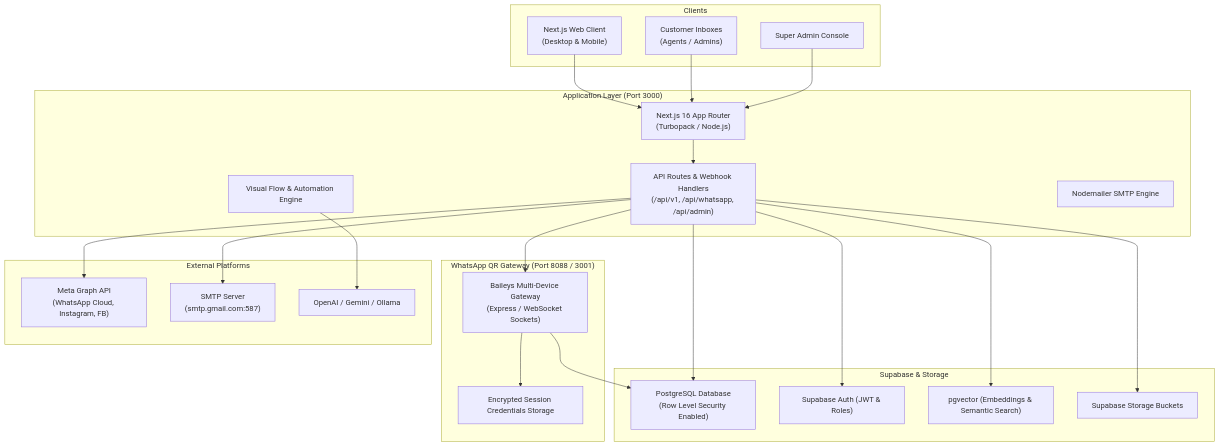
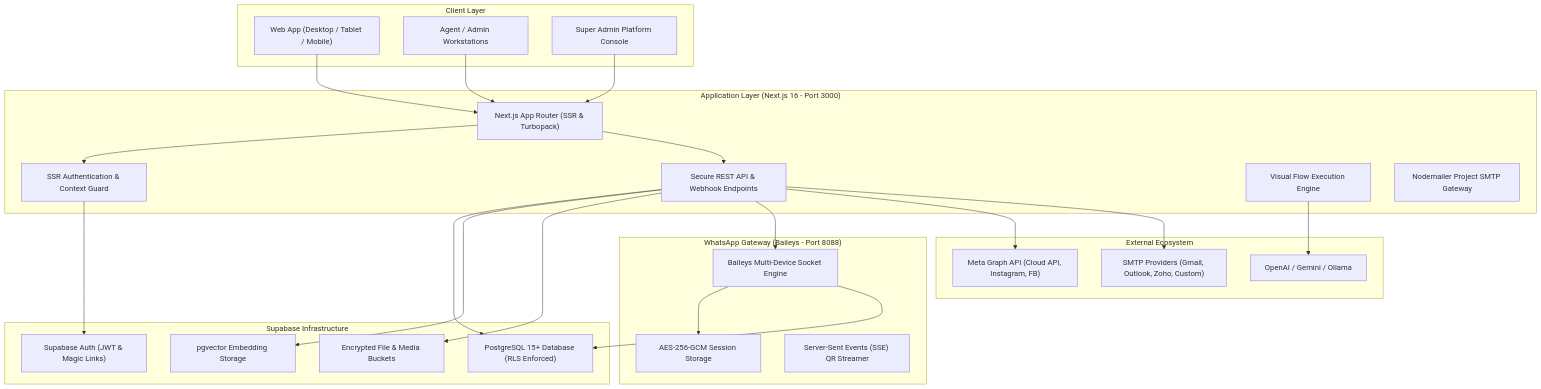
Before and after one commit to CloudMasa-Tech/whatsappcrm: the first of 2 diagrams in PRODUCT_DOCUMENTATION.md, drawn with Mermaid. The commit also changed other lines of this file and 120 other files, not shown here.

Commit message:
feat(branding): rename wacrm to masacrm, isolate project smtp email, and protect default admin

````diff
--- a/PRODUCT_DOCUMENTATION.md
+++ b/PRODUCT_DOCUMENTATION.md
@@ -22,49 +23,54 @@
 ```mermaid
 graph TD
-    subgraph Clients
-        Browser["Next.js Web Client\n(Desktop & Mobile)"]
-        Customer["Customer Inboxes\n(Agents / Admins)"]
-        SuperAdmin["Super Admin Console"]
+    subgraph Clients ["Client Layer"]
+        WebDesktop["Web App (Desktop / Tablet / Mobile)"]
+        Agents["Agent / Admin Workstations"]
+        SuperAdminUI["Super Admin Platform Console"]
     end
 
-    subgraph App Layer ["Application Layer (Port 3000)"]
-        NextServer["Next.js 16 App Router\n(Turbopack / Node.js)"]
-        API_Routes["API Routes & Webhook Handlers\n(/api/v1, /api/whatsapp, /api/admin)"]
-        FlowEngine["Visual Flow & Automation Engine"]
-        EmailService["Nodemailer SMTP Engine"]
+    subgraph ApplicationLayer ["Application Layer (Next.js 16 - Port 3000)"]
+        NextServer["Next.js App Router (SSR & Turbopack)"]
+        AuthModule["SSR Authentication & Context Guard"]
+        APIRoutes["Secure REST API & Webhook Endpoints"]
+        FlowEngine["Visual Flow Execution Engine"]
+        EmailEngine["Nodemailer Project SMTP Gateway"]
     end
 
-    subgraph Gateway Layer ["WhatsApp QR Gateway (Port 8088 / 3001)"]
-        QR_Server["Baileys Multi-Device Gateway\n(Express / WebSocket Sockets)"]
-        SessionStore["Encrypted Session Credentials Storage"]
+    subgraph GatewayLayer ["WhatsApp Gateway (Baileys - Port 8088)"]
+        BaileysCore["Baileys Multi-Device Socket Engine"]
+        SessionCrypto["AES-256-GCM Session Storage"]
+        QRStream["Server-Sent Events (SSE) QR Streamer"]
     end
 
-    subgraph Data & Auth Layer ["Supabase & Storage"]
-        Postgres["PostgreSQL Database\n(Row Level Security Enabled)"]
-        SupabaseAuth["Supabase Auth (JWT & Roles)"]
-        VectorDB["pgvector (Embeddings & Semantic Search)"]
-        MediaStorage["Supabase Storage Buckets"]
+    subgraph DatabaseLayer ["Supabase Infrastructure"]
+        PostgresDB["PostgreSQL 15+ Database (RLS Enforced)"]
+        SupabaseAuth["Supabase Auth (JWT & Magic Links)"]
+        PgVector["pgvector Embedding Storage"]
+        StorageBuckets["Encrypted File & Media Buckets"]
     end
 
-    subgraph External Platforms
-        MetaAPI["Meta Graph API\n(WhatsApp Cloud, Instagram, FB)"]
-        GmailSMTP["SMTP Server\n(smtp.gmail.com:587)"]
-        LLM_Providers["OpenAI / Gemini / Ollama"]
+    subgraph ExternalServices ["External Ecosystem"]
+        MetaGraph["Meta Graph API (Cloud API, Instagram, FB)"]
+        MailServers["SMTP Providers (Gmail, Outlook, Zoho, Custom)"]
+        LLMHub["OpenAI / Gemini / Ollama"]
     end
 
-    Browser --> NextServer
-    Customer --> NextServer
-    SuperAdmin --> NextServer
+    WebDesktop --> NextServer
+    Agents --> NextServer
+    SuperAdminUI --> NextServer
 
-    NextServer --> API_Routes
-    API_Routes --> Postgres
-    API_Routes --> SupabaseAuth
-    API_Routes --> VectorDB
-    API_Routes --> MediaStorage
-    API_Routes --> QR_Server
-    API_Routes --> MetaAPI
-    API_Routes --> GmailSMTP
-    FlowEngine --> LLM_Providers
-    QR_Server --> SessionStore
-    QR_Server --> Postgres
+    NextServer --> AuthModule
+    AuthModule --> SupabaseAuth
+    NextServer --> APIRoutes
+
+    APIRoutes --> PostgresDB
+    APIRoutes --> PgVector
+    APIRoutes --> StorageBuckets
+    APIRoutes --> BaileysCore
+    APIRoutes --> MetaGraph
+    APIRoutes --> MailServers
+    FlowEngine --> LLMHub
+
+    BaileysCore --> SessionCrypto
+    BaileysCore --> PostgresDB
 ```
````
